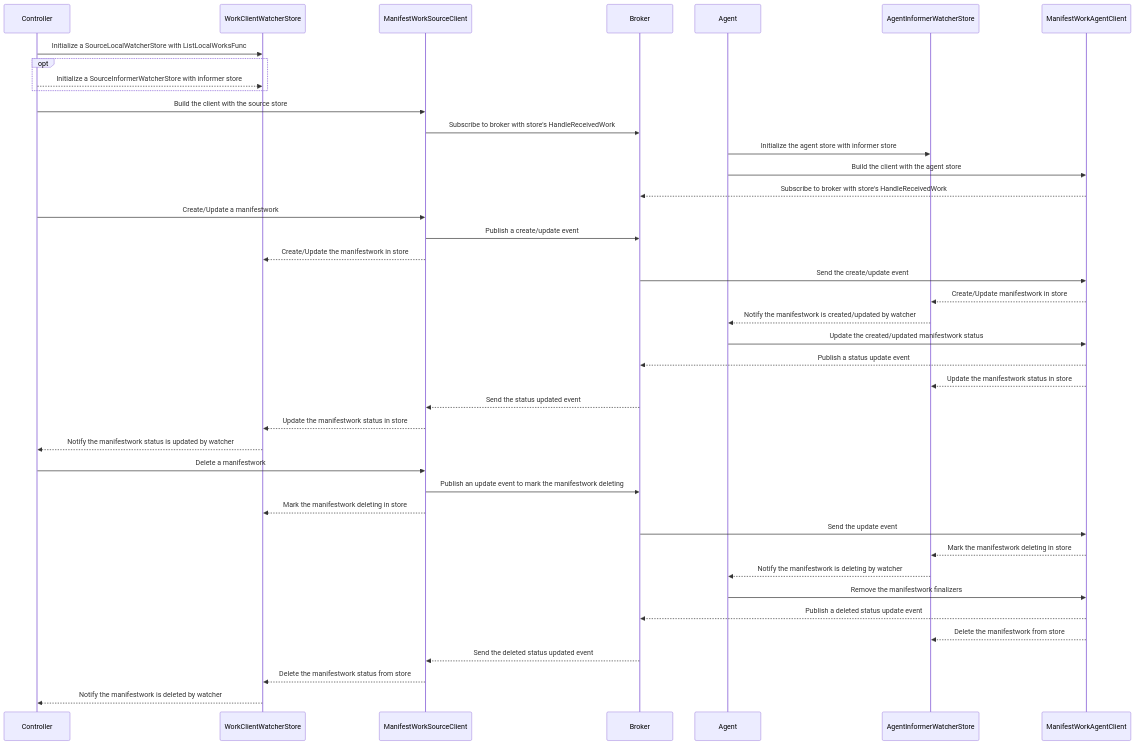
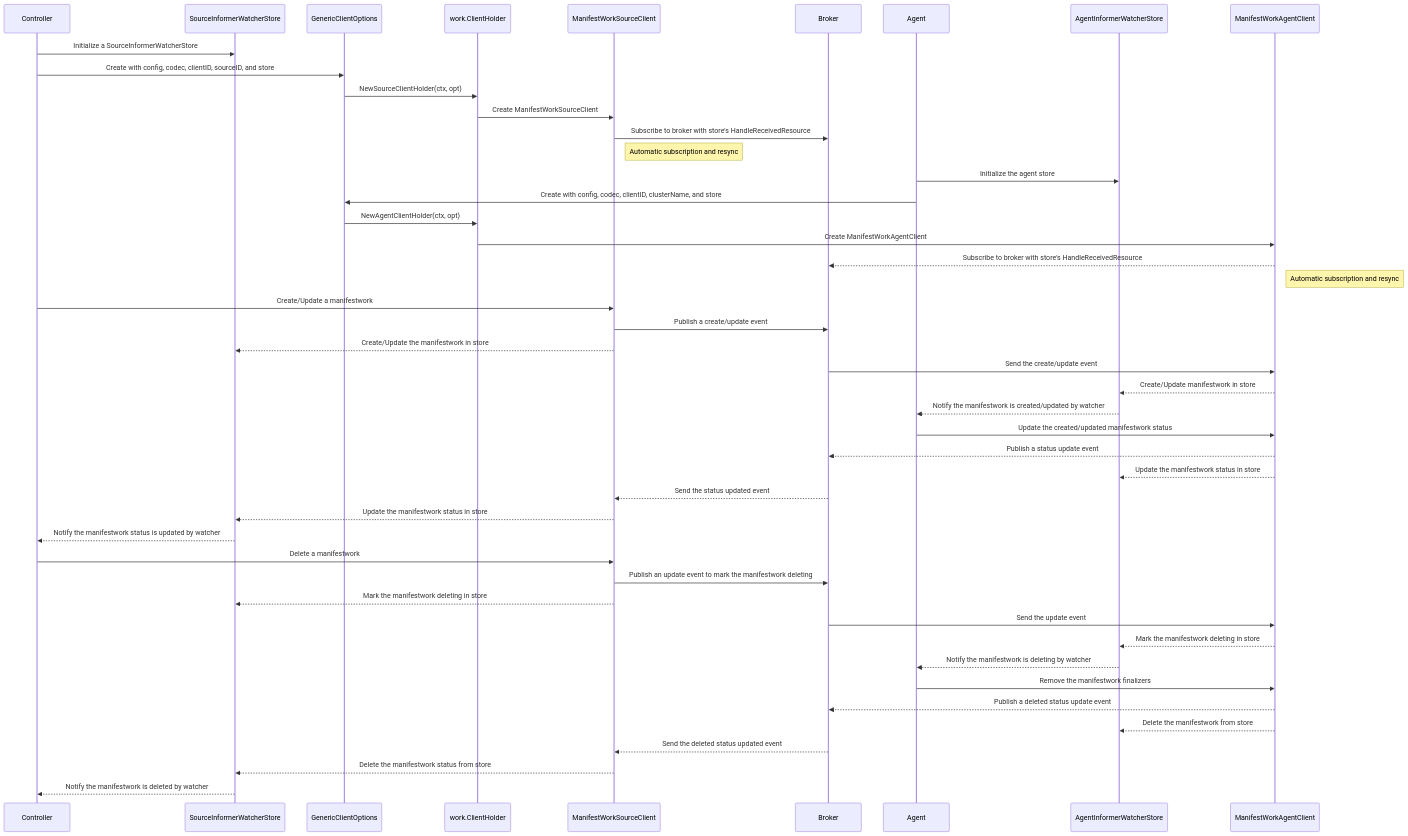
The tenth of 10 diagrams in pkg/cloudevents/doc/design.md (open-cluster-management-io/sdk-go), drawn with Mermaid before and after one commit. The commit also changed other lines of this file and 2 other files, not shown here.

````diff
--- a/pkg/cloudevents/doc/design.md
+++ b/pkg/cloudevents/doc/design.md
@@ -288,46 +331,49 @@
 ```mermaid
 sequenceDiagram
 
-Controller->>WorkClientWatcherStore: Initialize a SourceLocalWatcherStore with ListLocalWorksFunc
-opt
-    Controller-->>WorkClientWatcherStore: Initialize a SourceInformerWatcherStore with informer store
-end
-Controller->>ManifestWorkSourceClient: Build the client with the source store
-ManifestWorkSourceClient->>Broker: Subscribe to broker with store's HandleReceivedWork
+Controller->>SourceInformerWatcherStore: Initialize a SourceInformerWatcherStore
+Controller->>GenericClientOptions: Create with config, codec, clientID, sourceID, and store
+GenericClientOptions->>work.ClientHolder: NewSourceClientHolder(ctx, opt)
+work.ClientHolder->>ManifestWorkSourceClient: Create ManifestWorkSourceClient
+ManifestWorkSourceClient->>Broker: Subscribe to broker with store's HandleReceivedResource
+Note right of ManifestWorkSourceClient: Automatic subscription and resync
 
-Agent->>AgentInformerWatcherStore: Initialize the agent store with informer store
-Agent->>ManifestWorkAgentClient: Build the client with the agent store
-ManifestWorkAgentClient-->>Broker: Subscribe to broker with store's HandleReceivedWork
+Agent->>AgentInformerWatcherStore: Initialize the agent store
+Agent->>GenericClientOptions: Create with config, codec, clientID, clusterName, and store
+GenericClientOptions->>work.ClientHolder: NewAgentClientHolder(ctx, opt)
+work.ClientHolder->>ManifestWorkAgentClient: Create ManifestWorkAgentClient
+ManifestWorkAgentClient-->>Broker: Subscribe to broker with store's HandleReceivedResource
+Note right of ManifestWorkAgentClient: Automatic subscription and resync
 
 Controller->>ManifestWorkSourceClient: Create/Update a manifestwork
 ManifestWorkSourceClient->>Broker: Publish a create/update event
-ManifestWorkSourceClient-->>WorkClientWatcherStore: Create/Update the manifestwork in store
+ManifestWorkSourceClient-->>SourceInformerWatcherStore: Create/Update the manifestwork in store
 
 Broker->>ManifestWorkAgentClient: Send the create/update event
 ManifestWorkAgentClient-->>AgentInformerWatcherStore: Create/Update manifestwork in store
 AgentInformerWatcherStore-->>Agent: Notify the manifestwork is created/updated by watcher
 
 Agent->>ManifestWorkAgentClient: Update the created/updated manifestwork status
 ManifestWorkAgentClient-->>Broker: Publish a status update event
 ManifestWorkAgentClient-->>AgentInformerWatcherStore: Update the manifestwork status in store
 
 Broker-->>ManifestWorkSourceClient: Send the status updated event
-ManifestWorkSourceClient-->>WorkClientWatcherStore: Update the manifestwork status in store
-WorkClientWatcherStore-->>Controller: Notify the manifestwork status is updated by watcher
+ManifestWorkSourceClient-->>SourceInformerWatcherStore: Update the manifestwork status in store
+SourceInformerWatcherStore-->>Controller: Notify the manifestwork status is updated by watcher
 
 Controller->>ManifestWorkSourceClient: Delete a manifestwork
 ManifestWorkSourceClient->>Broker: Publish an update event to mark the manifestwork deleting
-ManifestWorkSourceClient-->>WorkClientWatcherStore: Mark the manifestwork deleting in store
+ManifestWorkSourceClient-->>SourceInformerWatcherStore: Mark the manifestwork deleting in store
 
 Broker->>ManifestWorkAgentClient: Send the update event
 ManifestWorkAgentClient-->>AgentInformerWatcherStore: Mark the manifestwork deleting in store
 AgentInformerWatcherStore-->>Agent: Notify the manifestwork is deleting by watcher
 
-Agent->>ManifestWorkAgentClient: Remove the manifestwork finalizers 
+Agent->>ManifestWorkAgentClient: Remove the manifestwork finalizers
 ManifestWorkAgentClient-->>Broker: Publish a deleted status update event
 ManifestWorkAgentClient-->>AgentInformerWatcherStore: Delete the manifestwork from store
 
 Broker-->>ManifestWorkSourceClient: Send the deleted status updated event
-ManifestWorkSourceClient-->>WorkClientWatcherStore: Delete the manifestwork status from store
-WorkClientWatcherStore-->>Controller: Notify the manifestwork is deleted by watcher
+ManifestWorkSourceClient-->>SourceInformerWatcherStore: Delete the manifestwork status from store
+SourceInformerWatcherStore-->>Controller: Notify the manifestwork is deleted by watcher
 ```
````
